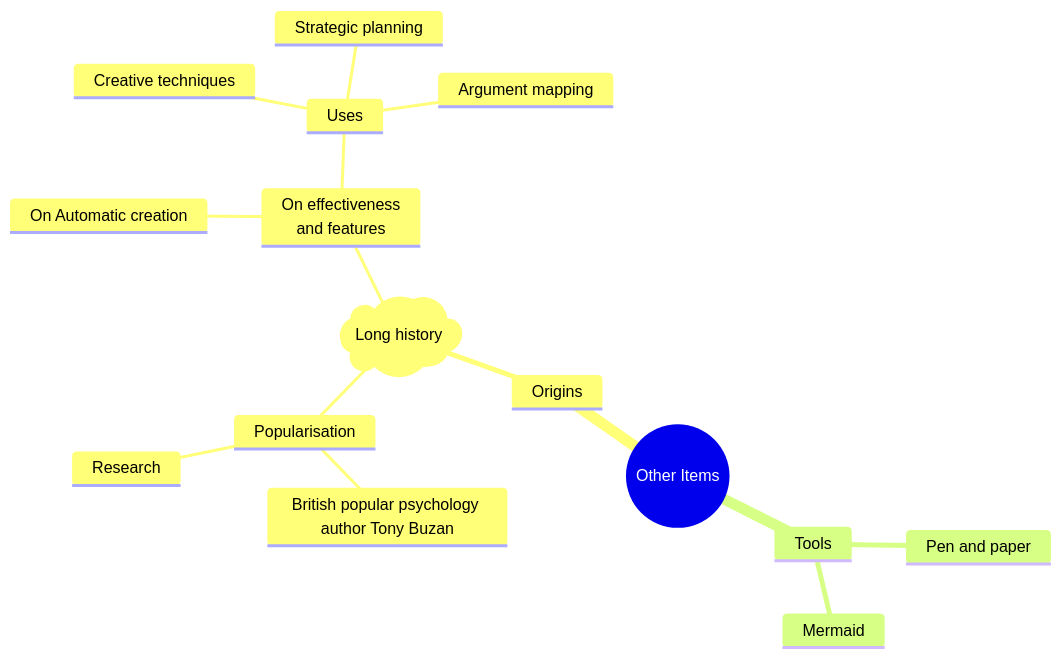
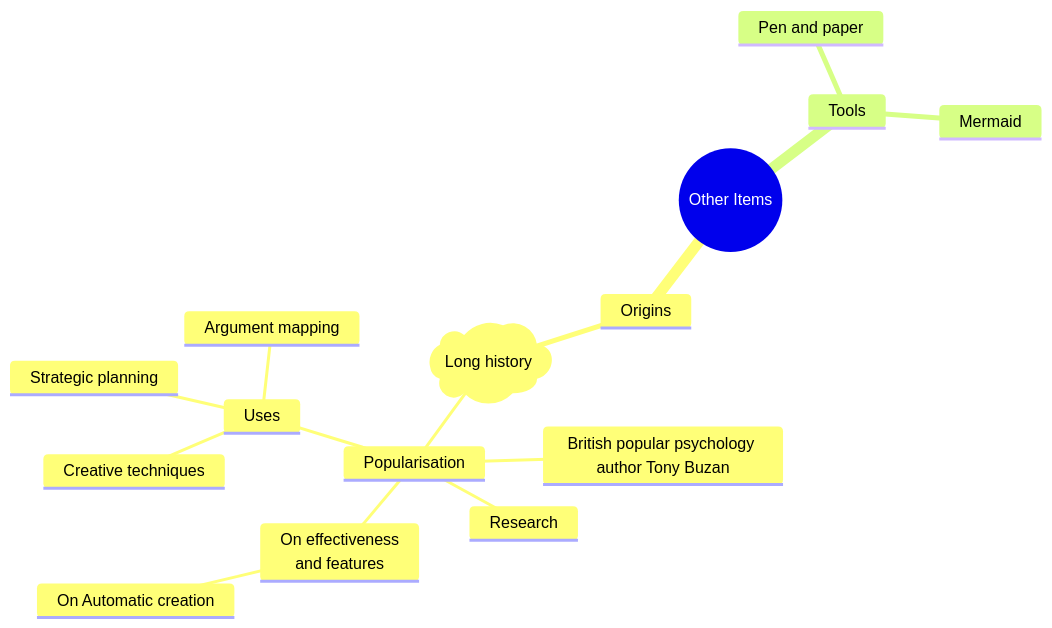
The diagram in slides.md (gerbssusd/dok), drawn with Mermaid before and after one commit.

````diff
--- a/slides.md
+++ b/slides.md
@@ -217,22 +217,22 @@
 ```mermaid
 mindmap
   root((Other Items))
     Origins
       )Long history(
        Popularisation
         British popular psychology author Tony Buzan
         Research
-       On effectiveness<br/>and features
+        On effectiveness<br/>and features
          On Automatic creation
         Uses
             Creative techniques
             Strategic planning
             Argument mapping
     Tools
       Pen and paper
       Mermaid
 
 
 
 
 ```
````
